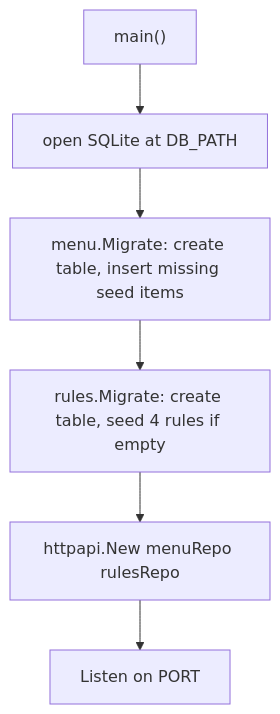
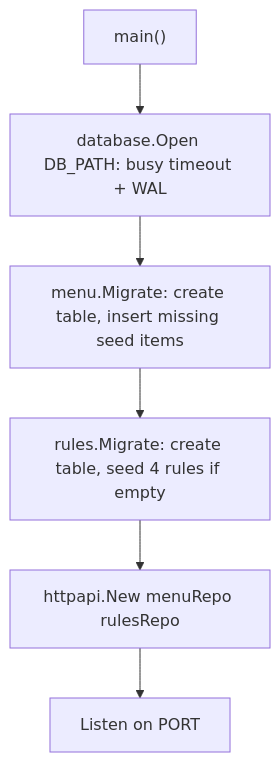
Before and after one commit to Gravizz/freshket: the fifth of 8 diagrams in docs/ARCHITECTURE.md, drawn with Mermaid. The commit also changed other lines of this file and 5 other files, not shown here.

````diff
--- a/docs/ARCHITECTURE.md
+++ b/docs/ARCHITECTURE.md
@@ -168,8 +171,8 @@
 ```mermaid
 flowchart TD
-    A["main()"] --> B["open SQLite at DB_PATH"]
+    A["main()"] --> B["database.Open DB_PATH: busy timeout + WAL"]
     B --> C["menu.Migrate: create table, insert missing seed items"]
     C --> D["rules.Migrate: create table, seed 4 rules if empty"]
     D --> E["httpapi.New menuRepo rulesRepo"]
     E --> F["Listen on PORT"]
 ```
````
